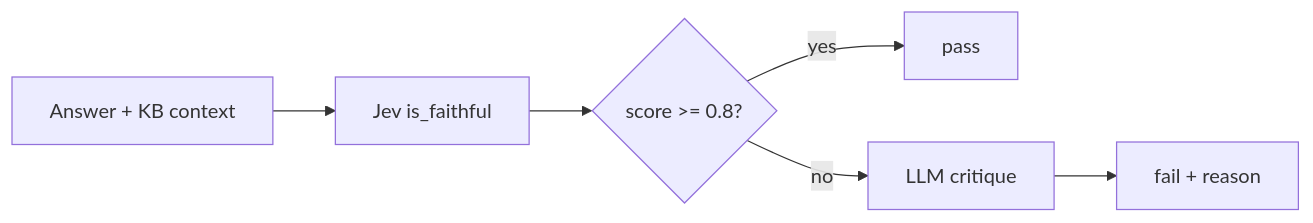
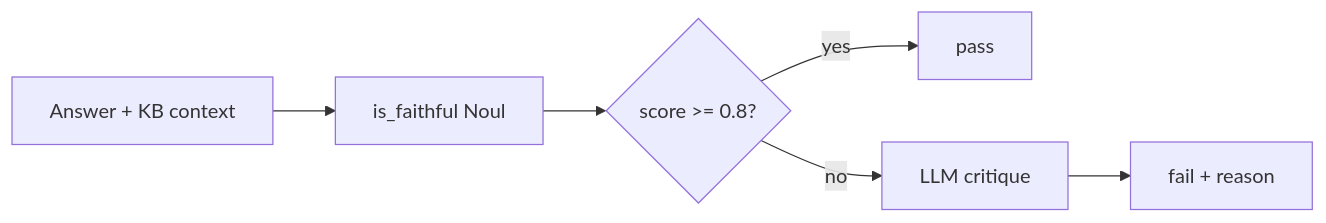
The third of 4 diagrams in docs/why_decision_models.md (thisisartium/eval-workshop-ext), drawn with Mermaid before and after one commit. The commit also changed other lines of this file and 19 other files, not shown here.

````diff
--- a/docs/why_decision_models.md
+++ b/docs/why_decision_models.md
@@ -71,9 +75,9 @@
 ```mermaid
 flowchart LR
   ans[Answer + KB context]
-  ans --> noul[Jev is_faithful]
+  ans --> noul[is_faithful Noul]
   noul --> check{"score >= 0.8?"}
   check -->|yes| passNode[pass]
   check -->|no| llm[LLM critique]
   llm --> failNode[fail + reason]
 ```
````
